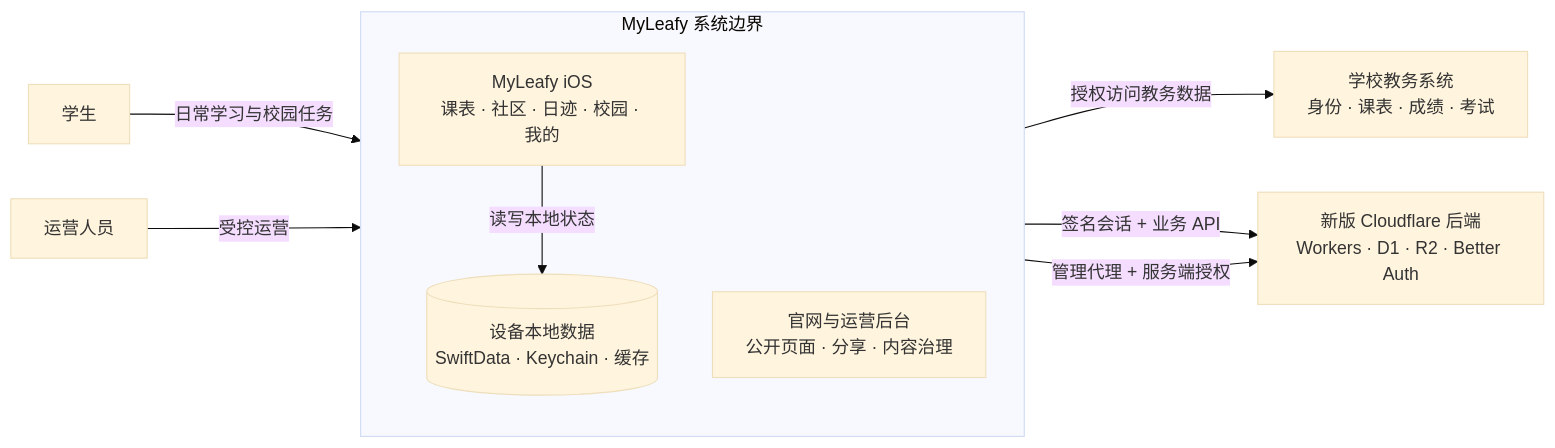
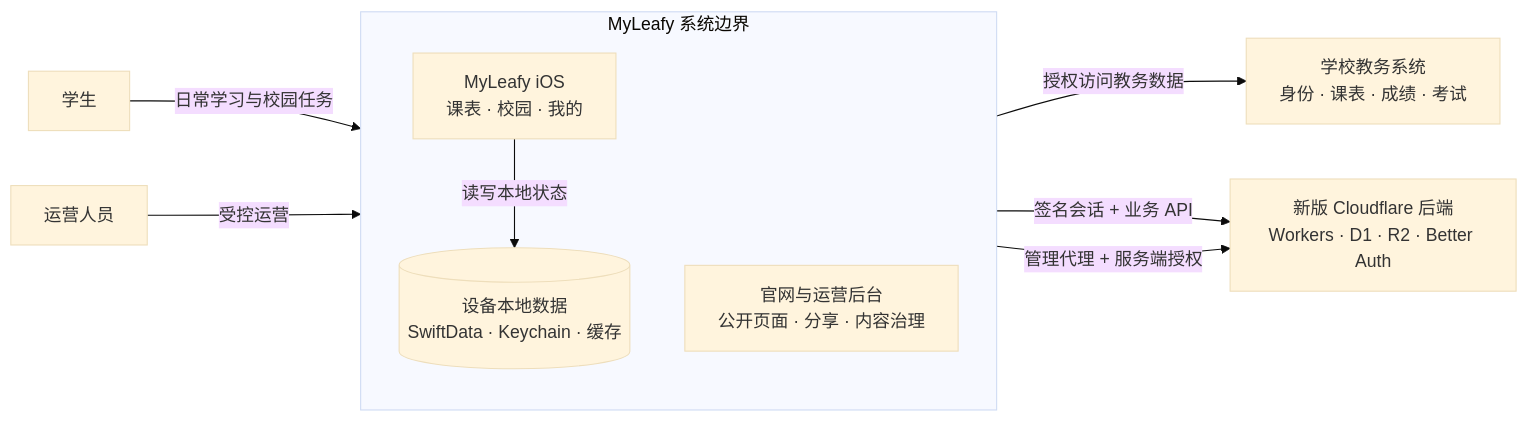
One commit to IsaacHuo/MyLeafy changed the first of 2 diagrams in state/ARCHITECTURE.md. Above: the diagram before and after it, drawn with Mermaid (base theme). The commit also changed other lines of this file and 22 other files, not shown here.

````diff
--- a/state/ARCHITECTURE.md
+++ b/state/ARCHITECTURE.md
@@ -21,22 +21,22 @@
 ```mermaid
 flowchart LR
     Student["学生"]
     Operator["运营人员"]
 
     subgraph Product["MyLeafy 系统边界"]
         direction TB
-        IOS["MyLeafy iOS<br/>课表 · 社区 · 日迹 · 校园 · 我的"]
+        IOS["MyLeafy iOS<br/>课表 · 校园 · 我的"]
         Local[("设备本地数据<br/>SwiftData · Keychain · 缓存")]
         Web["官网与运营后台<br/>公开页面 · 分享 · 内容治理"]
         IOS -->|读写本地状态| Local
     end
 
     School["学校教务系统<br/>身份 · 课表 · 成绩 · 考试"]
     Backend["新版 Cloudflare 后端<br/>Workers · D1 · R2 · Better Auth"]
 
     Student -->|日常学习与校园任务| IOS
     Operator -->|受控运营| Web
     IOS -->|授权访问教务数据| School
     IOS -->|签名会话 + 业务 API| Backend
     Web -->|管理代理 + 服务端授权| Backend
 ```
````
